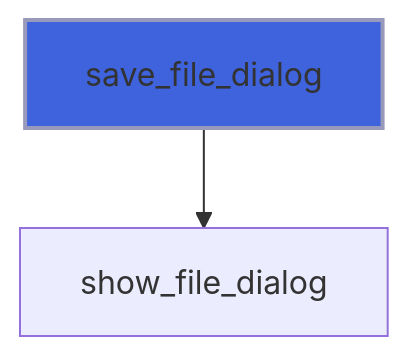
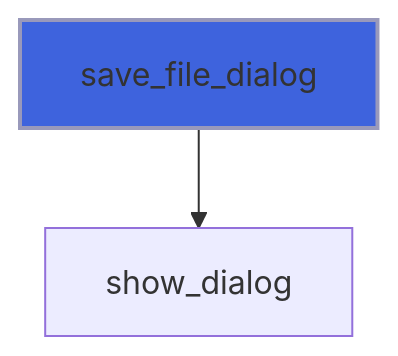
One commit to szaghi/figure changed diagram 21 of 41 in docs/api/src/lib/figure_app.md. Above: the diagram before and after it, drawn with Mermaid. The commit also changed other lines of this file and 10 other files, not shown here.

````diff
--- a/docs/api/src/lib/figure_app.md
+++ b/docs/api/src/lib/figure_app.md
@@ -743,5 +798,5 @@
 ```mermaid
 flowchart TD
-  save_file_dialog["save_file_dialog"] --> show_file_dialog["show_file_dialog"]
+  save_file_dialog["save_file_dialog"] --> show_dialog["show_dialog"]
   style save_file_dialog fill:#3e63dd,stroke:#99b,stroke-width:2px
 ```
````
